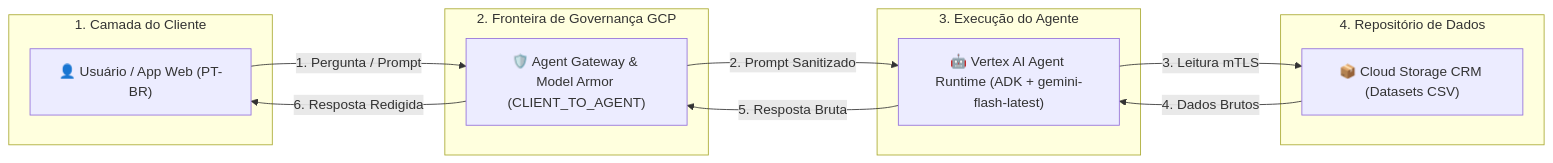
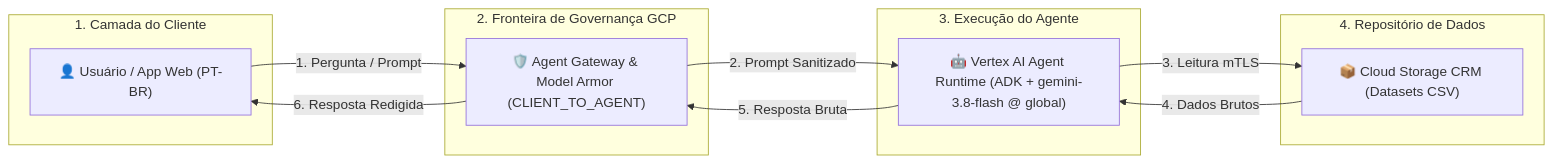
One commit to carlosmscabral/cabral-governance-ai changed the first of 7 diagrams in demos/01-agw-arun-ingress-modar/VISUAL_GUIDE.md. Above: the diagram before and after it, drawn with Mermaid. The commit also changed other lines of this file and 11 other files, not shown here.

Commit message:
feat(governance): standardize gemini-3.8-flash (global), Argolis config, AGENTS.md contract, and weekly self-healing CI

````diff
--- a/demos/01-agw-arun-ingress-modar/VISUAL_GUIDE.md
+++ b/demos/01-agw-arun-ingress-modar/VISUAL_GUIDE.md
@@ -21,25 +21,25 @@
 ```mermaid
 flowchart LR
     subgraph ClientZone["1. Camada do Cliente"]
         User["👤 Usuário / App Web (PT-BR)"]
     end
 
     subgraph GovernanceZone["2. Fronteira de Governança GCP"]
         AGW["🛡️ Agent Gateway & Model Armor (CLIENT_TO_AGENT)"]
     end
 
     subgraph AgentZone["3. Execução do Agente"]
-        Agent["🤖 Vertex AI Agent Runtime (ADK + gemini-flash-latest)"]
+        Agent["🤖 Vertex AI Agent Runtime (ADK + gemini-3.8-flash @ global)"]
     end
 
     subgraph DataZone["4. Repositório de Dados"]
         GCS["📦 Cloud Storage CRM (Datasets CSV)"]
     end
 
     User -->|"1. Pergunta / Prompt"| AGW
     AGW -->|"2. Prompt Sanitizado"| Agent
     Agent -->|"3. Leitura mTLS"| GCS
     GCS -->|"4. Dados Brutos"| Agent
     Agent -->|"5. Resposta Bruta"| AGW
     AGW -->|"6. Resposta Redigida"| User
 ```
````
